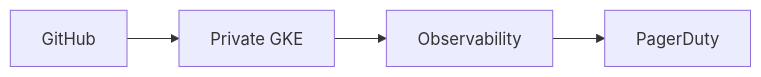
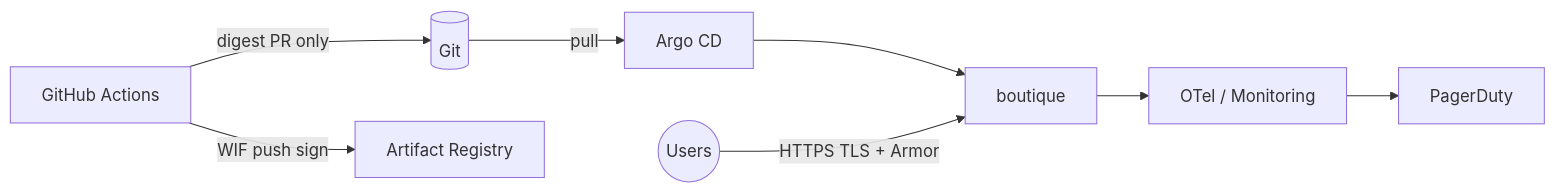
The diagram in README.md (btilki/boutique-gke-sre), drawn with Mermaid before and after one commit. The commit also changed other lines of this file and 17 other files, not shown here.

````diff
--- a/README.md
+++ b/README.md
@@ -38,6 +93,10 @@
 ```mermaid
 flowchart LR
-  GH[GitHub] --> GKE[Private GKE]
-  GKE --> OBS[Observability]
+  GH[GitHub Actions] -->|digest PR only| Git[(Git)]
+  GH -->|WIF push sign| AR[Artifact Registry]
+  Git -->|pull| Argo[Argo CD]
+  Argo --> Boutique[boutique]
+  Boutique --> OBS[OTel / Monitoring]
   OBS --> PD[PagerDuty]
+  Users((Users)) -->|HTTPS TLS + Armor| Boutique
 ```
````
